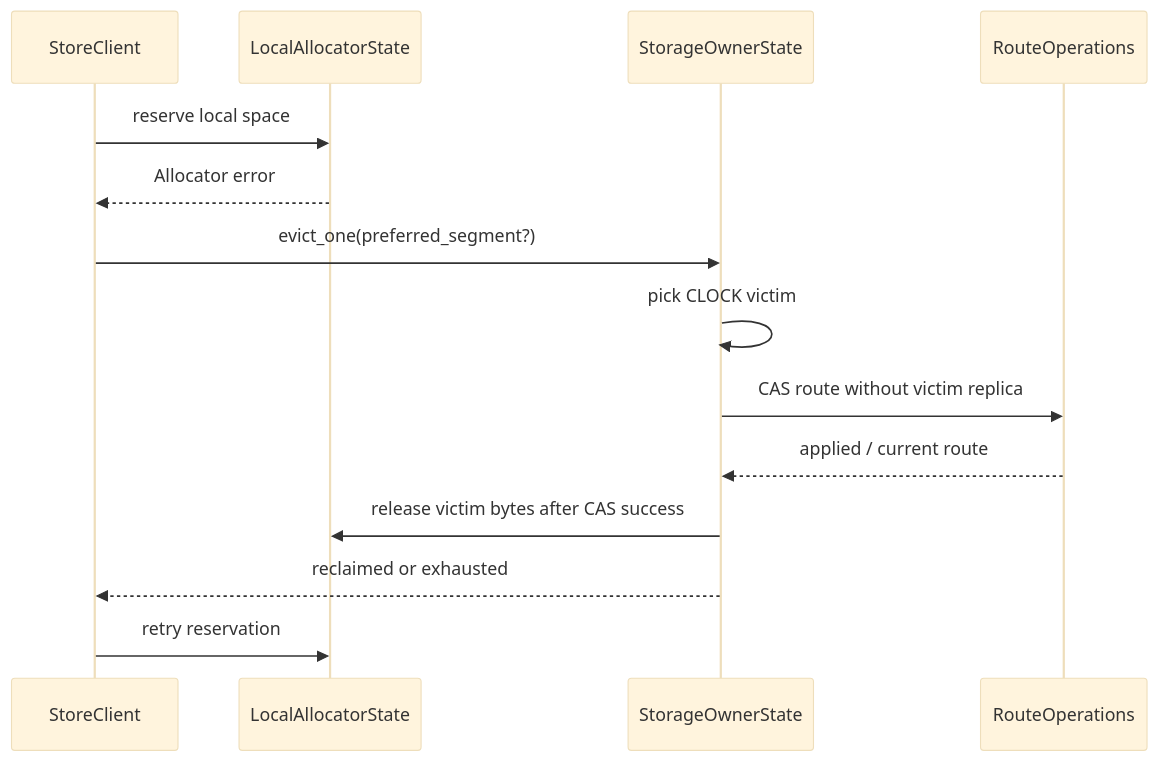
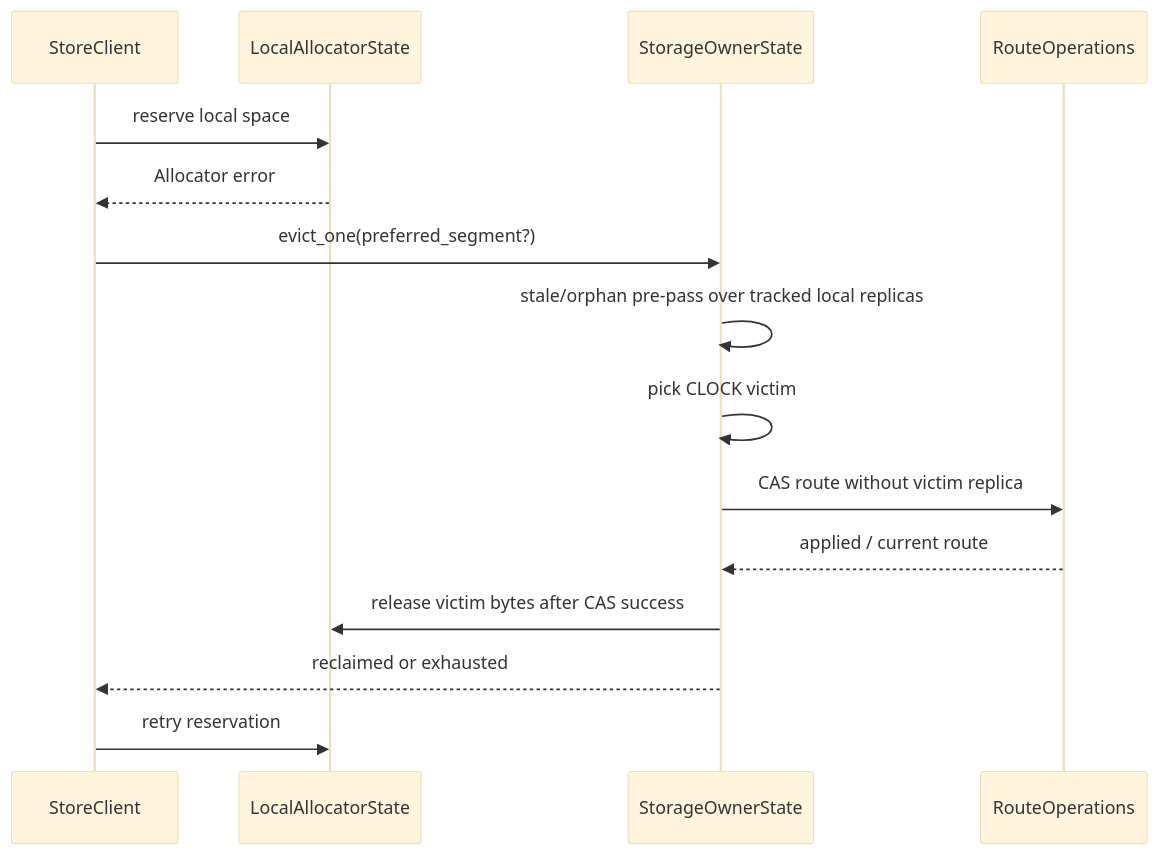
Before and after one commit to kvcache-ai/Mooncake: the fourth of 4 diagrams in mooncake-store-rs/docs/architecture.md, drawn with Mermaid (base theme). The commit also changed other lines of this file and 2 other files, not shown here.

````diff
--- a/mooncake-store-rs/docs/architecture.md
+++ b/mooncake-store-rs/docs/architecture.md
@@ -316,17 +316,18 @@
 ```mermaid
 sequenceDiagram
     participant Client as StoreClient
     participant Alloc as LocalAllocatorState
     participant Evict as StorageOwnerState
     participant Route as RouteOperations
 
     Client->>Alloc: reserve local space
     Alloc-->>Client: Allocator error
     Client->>Evict: evict_one(preferred_segment?)
+    Evict->>Evict: stale/orphan pre-pass over tracked local replicas
     Evict->>Evict: pick CLOCK victim
     Evict->>Route: CAS route without victim replica
     Route-->>Evict: applied / current route
     Evict->>Alloc: release victim bytes after CAS success
     Evict-->>Client: reclaimed or exhausted
     Client->>Alloc: retry reservation
 ```
````
